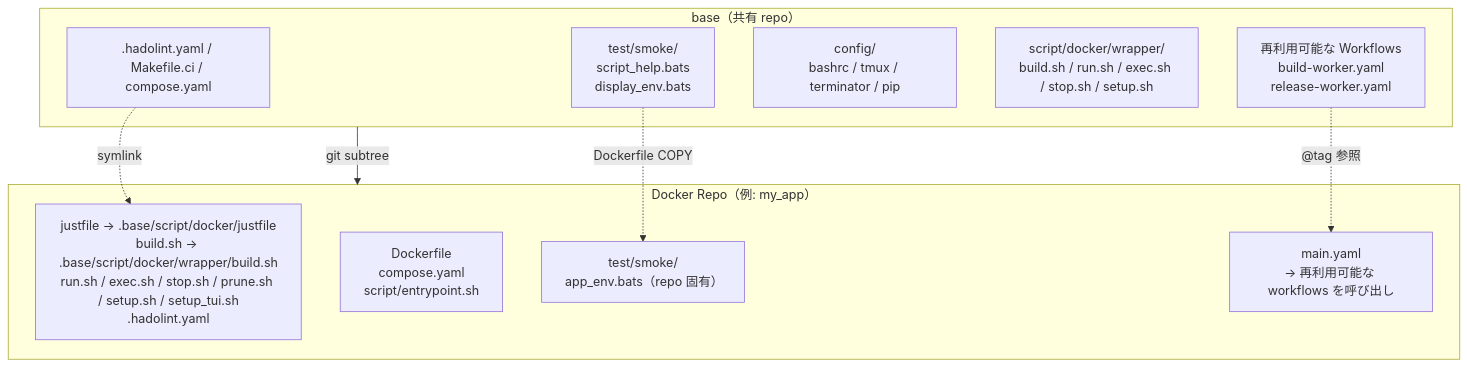
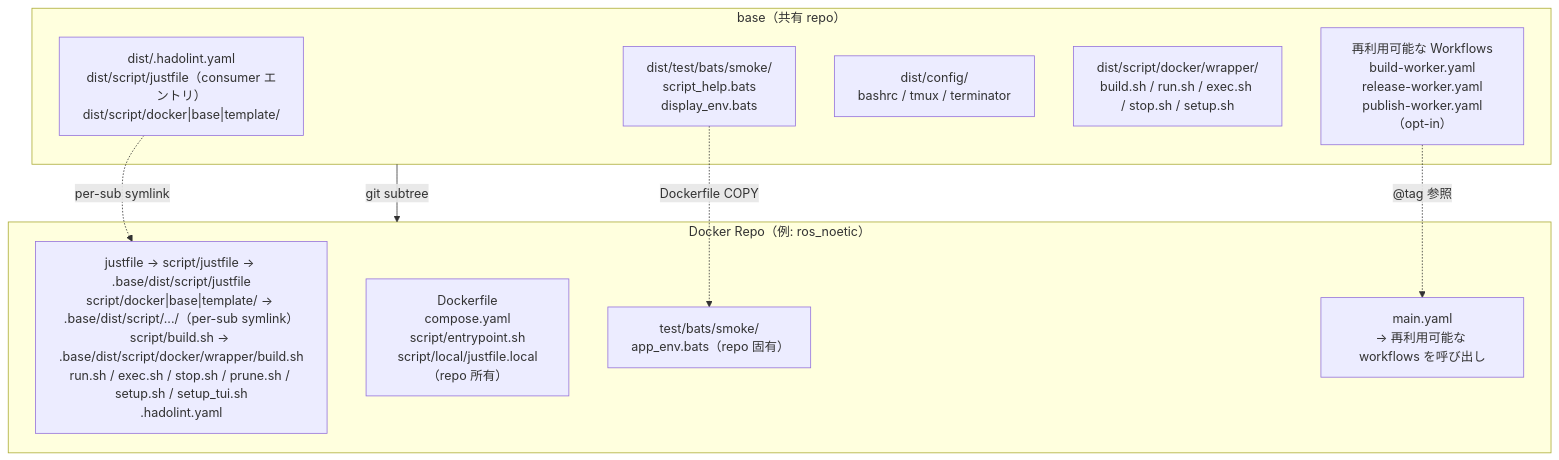
One commit to ycpss91255-docker/isaac changed the first of 2 diagrams in .base/doc/readme/README.ja.md. Above: the diagram before and after it, drawn with Mermaid. The commit also changed other lines of this file and 411 other files, not shown here.

````diff
--- a/.base/doc/readme/README.ja.md
+++ b/.base/doc/readme/README.ja.md
@@ -56,22 +87,22 @@
 ```mermaid
 graph TB
     subgraph base["base（共有 repo）"]
-        scripts[".hadolint.yaml / Makefile.ci / compose.yaml"]
-        smoke["test/smoke/<br/>script_help.bats<br/>display_env.bats"]
-        config["config/<br/>bashrc / tmux / terminator / pip"]
-        mgmt["script/docker/wrapper/<br/>build.sh / run.sh / exec.sh / stop.sh / setup.sh"]
-        workflows["再利用可能な Workflows<br/>build-worker.yaml<br/>release-worker.yaml"]
+        scripts["dist/.hadolint.yaml<br/>dist/script/justfile（consumer エントリ）<br/>dist/script/docker|base|template/"]
+        smoke["dist/test/bats/smoke/<br/>script_help.bats<br/>display_env.bats"]
+        config["dist/config/<br/>bashrc / tmux / terminator"]
+        mgmt["dist/script/docker/wrapper/<br/>build.sh / run.sh / exec.sh / stop.sh / setup.sh"]
+        workflows["再利用可能な Workflows<br/>build-worker.yaml<br/>release-worker.yaml<br/>publish-worker.yaml（opt-in）"]
     end
 
-    subgraph consumer["Docker Repo（例: my_app）"]
-        symlinks["justfile → .base/script/docker/justfile<br/>build.sh → .base/script/docker/wrapper/build.sh<br/>run.sh / exec.sh / stop.sh / prune.sh / setup.sh / setup_tui.sh<br/>.hadolint.yaml"]
-        dockerfile["Dockerfile<br/>compose.yaml<br/>script/entrypoint.sh"]
-        repo_test["test/smoke/<br/>app_env.bats（repo 固有）"]
+    subgraph consumer["Docker Repo（例: ros_noetic）"]
+        symlinks["justfile → script/justfile → .base/dist/script/justfile<br/>script/docker|base|template/ → .base/dist/script/.../（per-sub symlink）<br/>script/build.sh → .base/dist/script/docker/wrapper/build.sh<br/>run.sh / exec.sh / stop.sh / prune.sh / setup.sh / setup_tui.sh<br/>.hadolint.yaml"]
+        dockerfile["Dockerfile<br/>compose.yaml<br/>script/entrypoint.sh<br/>script/local/justfile.local（repo 所有）"]
+        repo_test["test/bats/smoke/<br/>app_env.bats（repo 固有）"]
         main_yaml["main.yaml<br/>→ 再利用可能な workflows を呼び出し"]
     end
 
     base -- "git subtree" --> consumer
-    scripts -. "symlink" .-> symlinks
+    scripts -. "per-sub symlink" .-> symlinks
     smoke -. "Dockerfile COPY" .-> repo_test
     workflows -. "@tag 参照" .-> main_yaml
 ```
````
